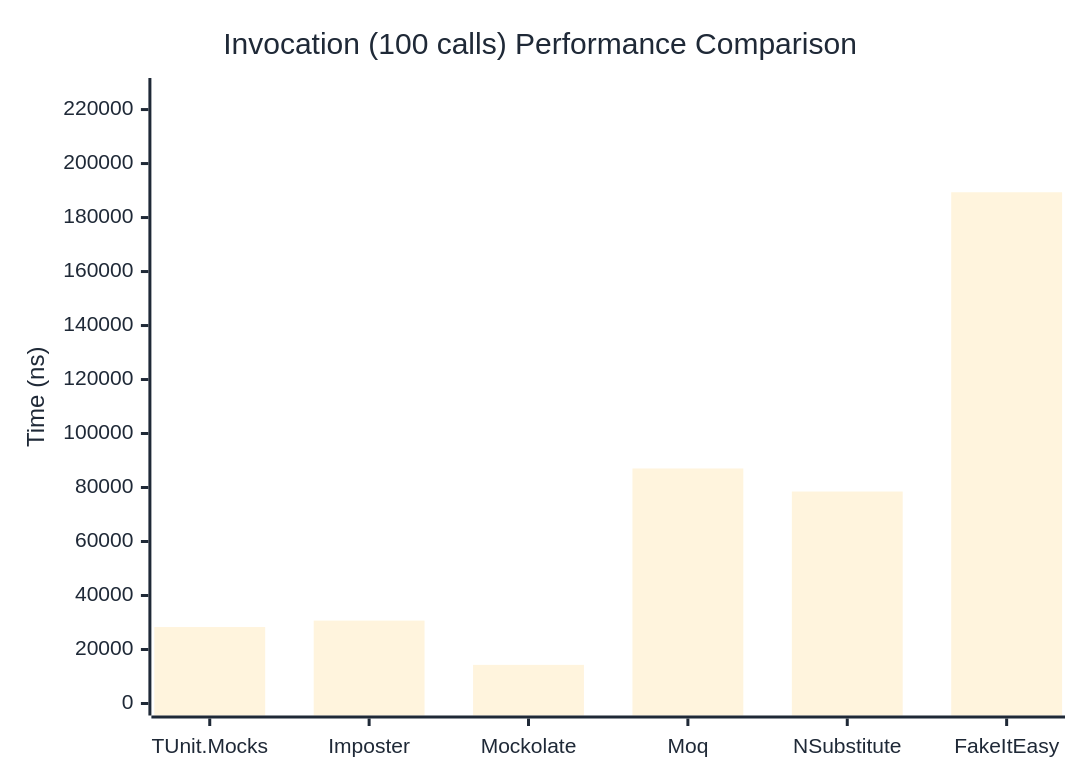
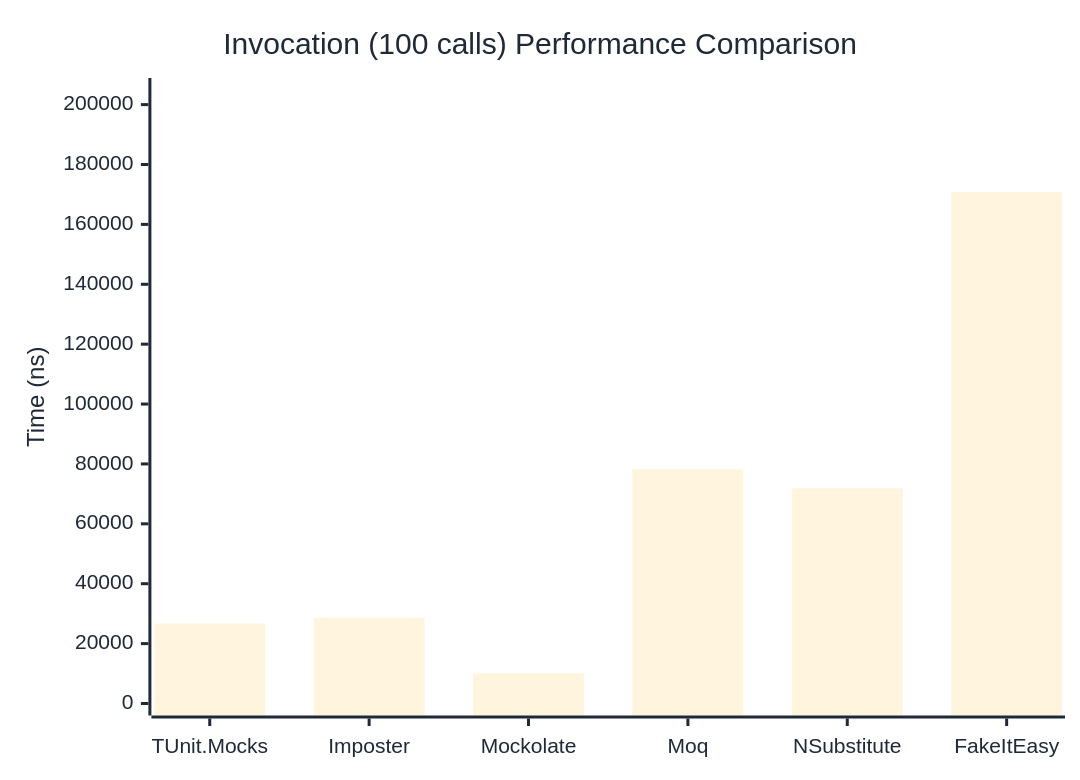
The third of 3 diagrams in docs/docs/benchmarks/mocks/Invocation.md (thomhurst/TUnit), drawn with Mermaid before and after one commit. The commit also changed other lines of this file and 14 other files, not shown here.

````diff
--- a/docs/docs/benchmarks/mocks/Invocation.md
+++ b/docs/docs/benchmarks/mocks/Invocation.md
@@ -112,27 +112,27 @@
 ```mermaid
 %%{init: {
   'theme':'base',
   'themeVariables': {
     'primaryColor': '#2563eb',
     'primaryTextColor': '#1f2937',
     'primaryBorderColor': '#1e40af',
     'lineColor': '#6b7280',
     'secondaryColor': '#7c3aed',
     'tertiaryColor': '#dc2626',
     'background': '#ffffff',
     'pie1': '#2563eb',
     'pie2': '#7c3aed',
     'pie3': '#dc2626',
     'pie4': '#f59e0b',
     'pie5': '#10b981',
     'pie6': '#06b6d4',
     'pie7': '#ec4899',
     'pie8': '#6366f1'
   }
 }}%%
 xychart-beta
   title "Invocation (100 calls) Performance Comparison"
   x-axis ["TUnit.Mocks", "Imposter", "Mockolate", "Moq", "NSubstitute", "FakeItEasy"]
-  y-axis "Time (ns)" 0 --> 227243
-  bar [28317.4, 30708.3, 14309.2, 87054.1, 78510.5, 189368.4]
+  y-axis "Time (ns)" 0 --> 204881
+  bar [26708.18, 28630.58, 10046.12, 78248.39, 71860.34, 170733.67]
 ```
````
